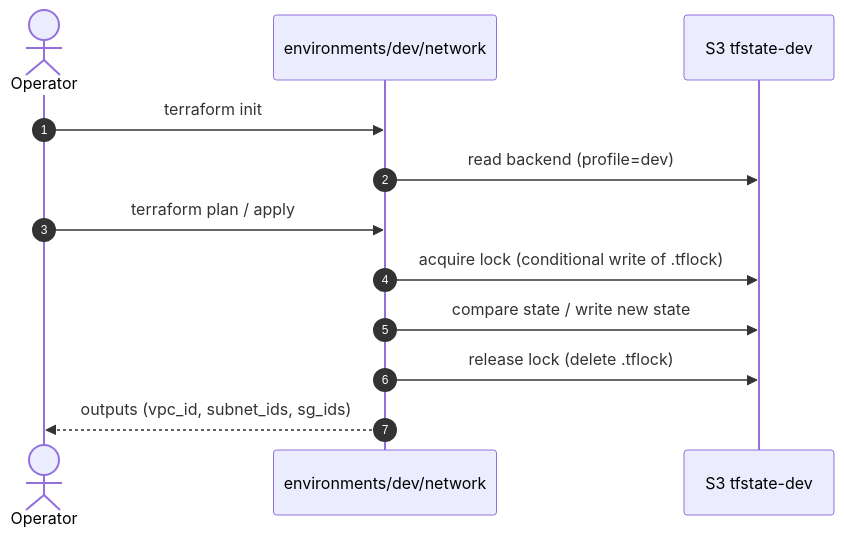
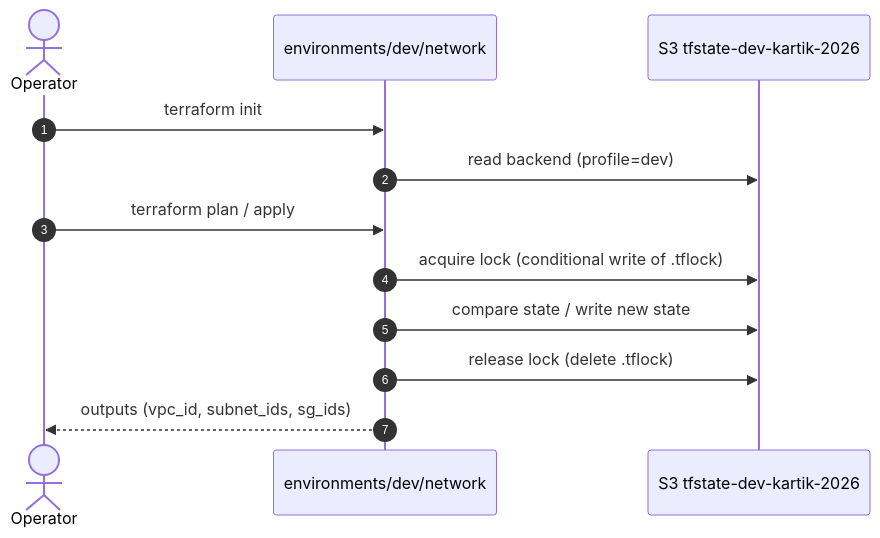
One commit to offloadmemory/terraform-101 changed the third of 3 diagrams in docs/ARCHITECTURE.md. Above: the diagram before and after it, drawn with Mermaid. The commit also changed other lines of this file and 35 other files, not shown here.

````diff
--- a/docs/ARCHITECTURE.md
+++ b/docs/ARCHITECTURE.md
@@ -261,15 +261,15 @@
 ```mermaid
 sequenceDiagram
     autonumber
     actor Op as Operator
     participant W as environments/dev/network
-    participant S as S3 tfstate-dev
+    participant S as S3 tfstate-dev-kartik-2026
 
     Op->>W: terraform init
     W->>S: read backend (profile=dev)
     Op->>W: terraform plan / apply
     W->>S: acquire lock (conditional write of .tflock)
     W->>S: compare state / write new state
     W->>S: release lock (delete .tflock)
     W-->>Op: outputs (vpc_id, subnet_ids, sg_ids)
 ```
````
